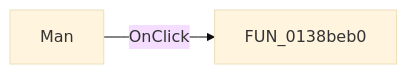
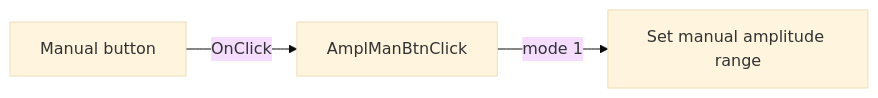
The diagram in docs/ui-controls/signalanalyzerwin/amplmanbtn-d372b7d483.md (MovGP0/TIARA), drawn with Mermaid (base theme) before and after one commit. The commit also changed other lines of this file and 1062 other files, not shown here.

````diff
--- a/docs/ui-controls/signalanalyzerwin/amplmanbtn-d372b7d483.md
+++ b/docs/ui-controls/signalanalyzerwin/amplmanbtn-d372b7d483.md
@@ -27,4 +29,5 @@
 ```mermaid
 flowchart LR
-    control["Man"] -->|OnClick| handler["FUN_0138beb0"]
+    control["Manual button"] -->|OnClick| handler["AmplManBtnClick"]
+    handler -->|mode 1| backend["Set manual amplitude range"]
 ```
````
